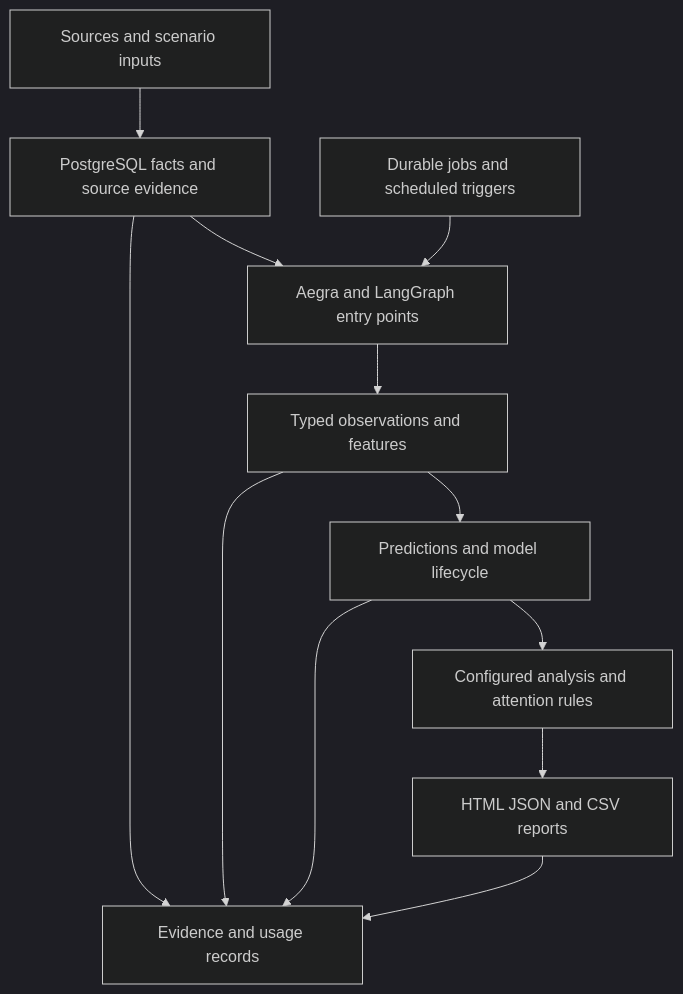
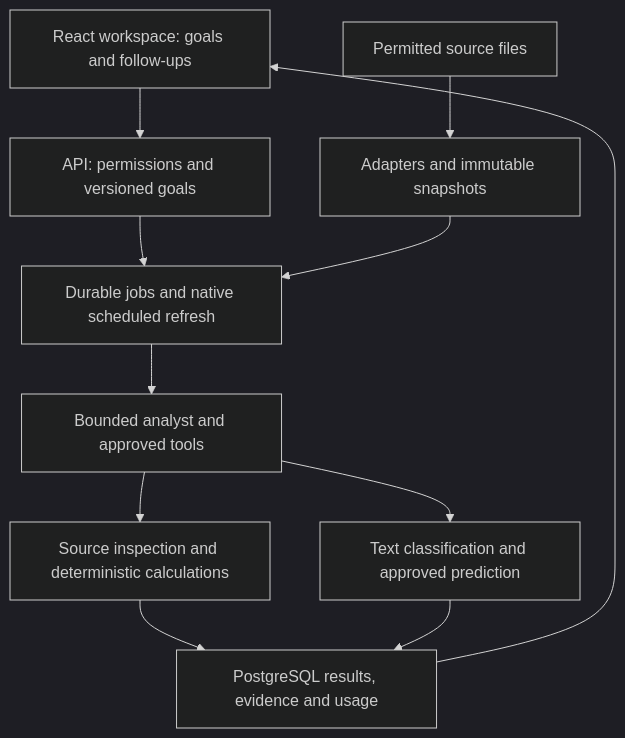
The diagram in docs/architecture/current-system.md (IntelIP/BackIntel), drawn with Mermaid (dark theme) before and after one commit. The commit also changed other lines of this file and 8 other files, not shown here.

Commit message:
Consolidate local BackIntel source and define scenario benchmark campaign

````diff
--- a/docs/architecture/current-system.md
+++ b/docs/architecture/current-system.md
@@ -15,14 +9,13 @@
 ```mermaid
 flowchart TD
-    S[Sources and scenario inputs] --> D[PostgreSQL facts and source evidence]
-    D --> G[Aegra and LangGraph entry points]
-    G --> O[Typed observations and features]
-    O --> P[Predictions and model lifecycle]
-    P --> A[Configured analysis and attention rules]
-    A --> R[HTML JSON and CSV reports]
-    J[Durable jobs and scheduled triggers] --> G
-    D --> E[Evidence and usage records]
-    O --> E
-    P --> E
-    R --> E
+    U[React workspace: goals and follow-ups] --> A[API: permissions and versioned goals]
+    F[Permitted source files] --> S[Adapters and immutable snapshots]
+    A --> J[Durable jobs and native scheduled refresh]
+    S --> J
+    J --> L[Bounded analyst and approved tools]
+    L --> C[Source inspection and deterministic calculations]
+    L --> M[Text classification and approved prediction]
+    C --> E[PostgreSQL results, evidence and usage]
+    M --> E
+    E --> U
 ```
````
